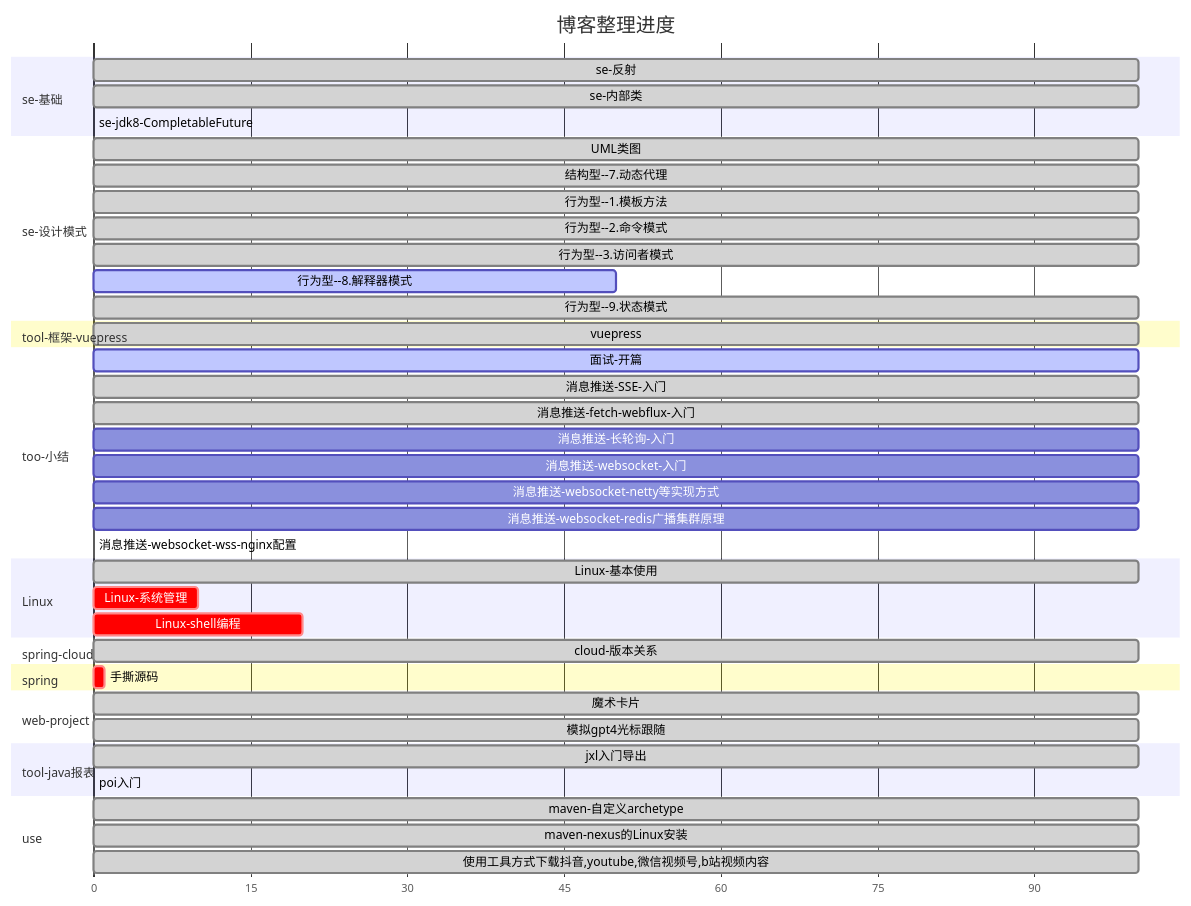
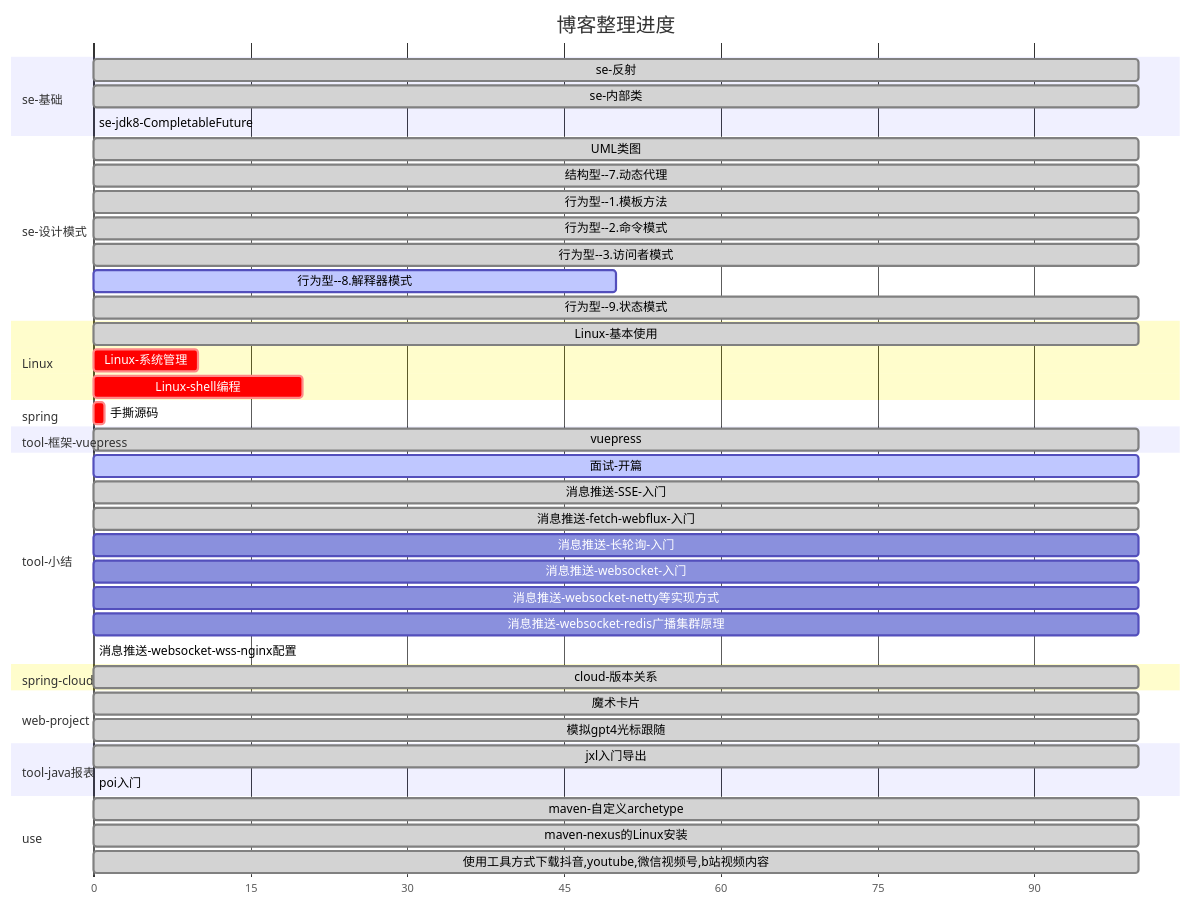
Before and after one commit to zs-mcu/docs: the diagram in docs/README.md, drawn with Mermaid. The commit also changed 3 other files, not shown here.

```diff
--- a/docs/README.md
+++ b/docs/README.md
@@ -50,6 +50,18 @@
 
 
 
+  section Linux
+  Linux-基本使用    : done,0,100
+  Linux-系统管理    : crit,0,10
+  Linux-shell编程   : crit,0,20
+
+
+
+  section spring
+  手撕源码          : crit,0, 1
+
+
+
 
 
   section tool-框架-vuepress
@@ -58,7 +70,7 @@
 
 
 
-  section too-小结
+  section tool-小结
   面试-开篇          : active,0, 100
 
   消息推送-SSE-入门      : done,0, 100
@@ -73,22 +85,12 @@
 
 
 
-  section Linux
-  Linux-基本使用    : done,0,100
-  Linux-系统管理    : crit,0,10
-  Linux-shell编程   : crit,0,20
-
-
-  
 
   section spring-cloud
   cloud-版本关系    : done,0, 100
 
 
 
-
-  section spring
-  手撕源码          : crit,0, 1
 
 
   section web-project
```
